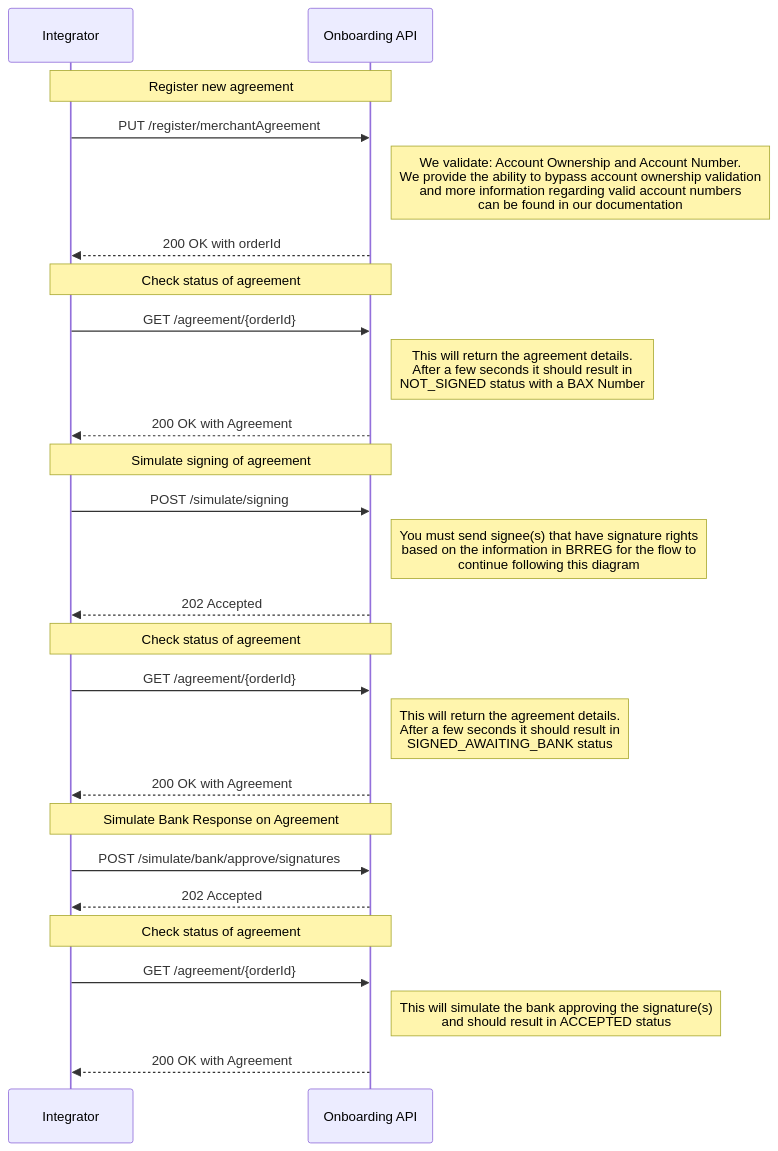
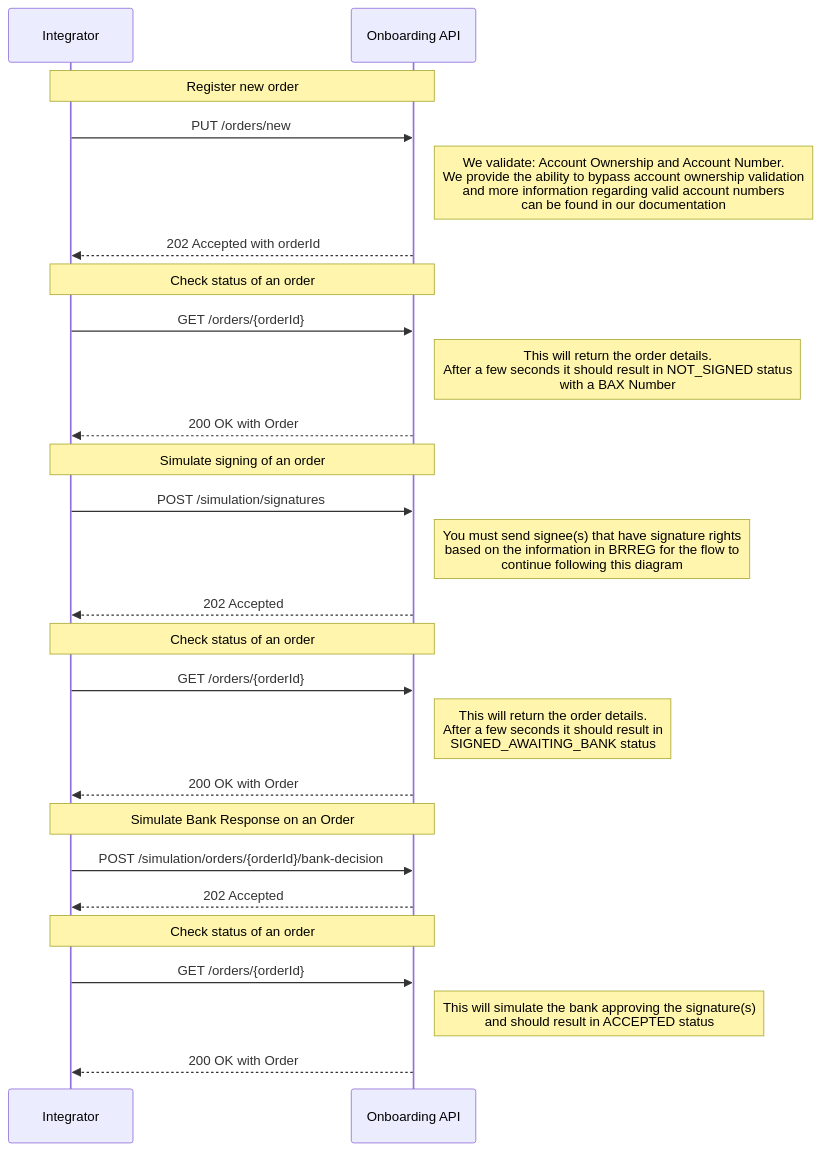
Before and after one commit to BankAxept/bankaxept-onboarding-external-documentation: the second of 3 diagrams in docs/test_flows.md, drawn with Mermaid. The commit also changed other lines of this file and 3 other files, not shown here.

````diff
--- a/docs/test_flows.md
+++ b/docs/test_flows.md
@@ -33,34 +33,34 @@
 ```mermaid
 sequenceDiagram
 participant I as Integrator
 participant O as Onboarding API
 
-note over I, O: Register new agreement
-I ->> O: PUT /register/merchantAgreement
+note over I, O: Register new order
+I ->> O: PUT /orders/new
 note right of O: We validate: Account Ownership and Account Number. <br/> We provide the ability to bypass account ownership validation <br/> and more information regarding valid account numbers <br/> can be found in our documentation
-O -->> I: 200 OK with orderId
+O -->> I: 202 Accepted with orderId
 
-note over I, O: Check status of agreement
-I ->> O: GET /agreement/{orderId}
-note right of O: This will return the agreement details. <br/> After a few seconds it should result in <br/> NOT_SIGNED status with a BAX Number
-O -->> I: 200 OK with Agreement
+note over I, O: Check status of an order
+I ->> O : GET /orders/{orderId}
+note right of O: This will return the order details. <br/> After a few seconds it should result in NOT_SIGNED status <br/> with a BAX Number
+O -->> I: 200 OK with Order
 
-note over I, O: Simulate signing of agreement
-I ->> O: POST /simulate/signing
+note over I, O: Simulate signing of an order
+I ->> O: POST /simulation/signatures
 note right of O: You must send signee(s) that have signature rights <br/> based on the information in BRREG for the flow to <br/> continue following this diagram
 O -->> I: 202 Accepted
 
-note over I, O: Check status of agreement
-I ->> O: GET /agreement/{orderId}
-note right of O: This will return the agreement details. <br/> After a few seconds it should result in <br/> SIGNED_AWAITING_BANK status
-O -->> I: 200 OK with Agreement
+note over I, O: Check status of an order
+I ->> O : GET /orders/{orderId}
+note right of O: This will return the order details. <br/> After a few seconds it should result in <br/> SIGNED_AWAITING_BANK status
+O -->> I: 200 OK with Order
 
-note over I, O: Simulate Bank Response on Agreement
-I ->> O: POST /simulate/bank/approve/signatures
+note over I, O: Simulate Bank Response on an Order
+I ->> O: POST /simulation/orders/{orderId}/bank-decision
 O -->> I: 202 Accepted
 
-note over I, O: Check status of agreement
-I ->> O: GET /agreement/{orderId}
+note over I, O: Check status of an order
+I ->> O : GET /orders/{orderId}
 note right of O: This will simulate the bank approving the signature(s) <br/> and should result in ACCEPTED status
-O -->> I: 200 OK with Agreement
+O -->> I: 200 OK with Order
 ```
````
